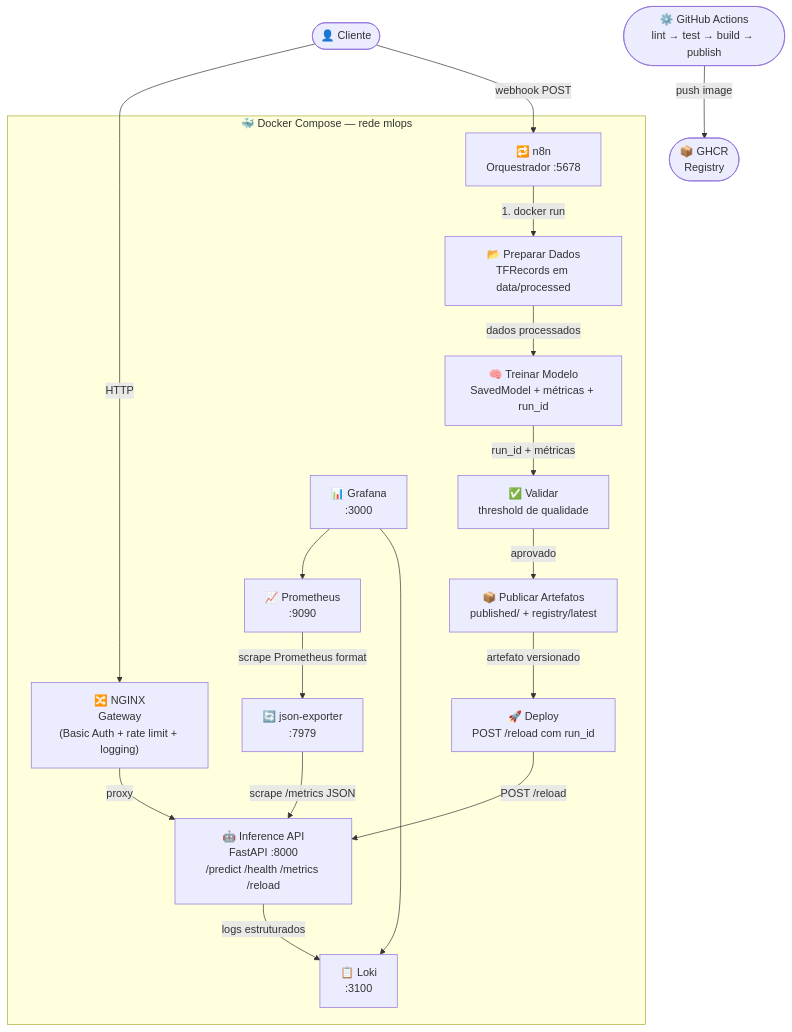
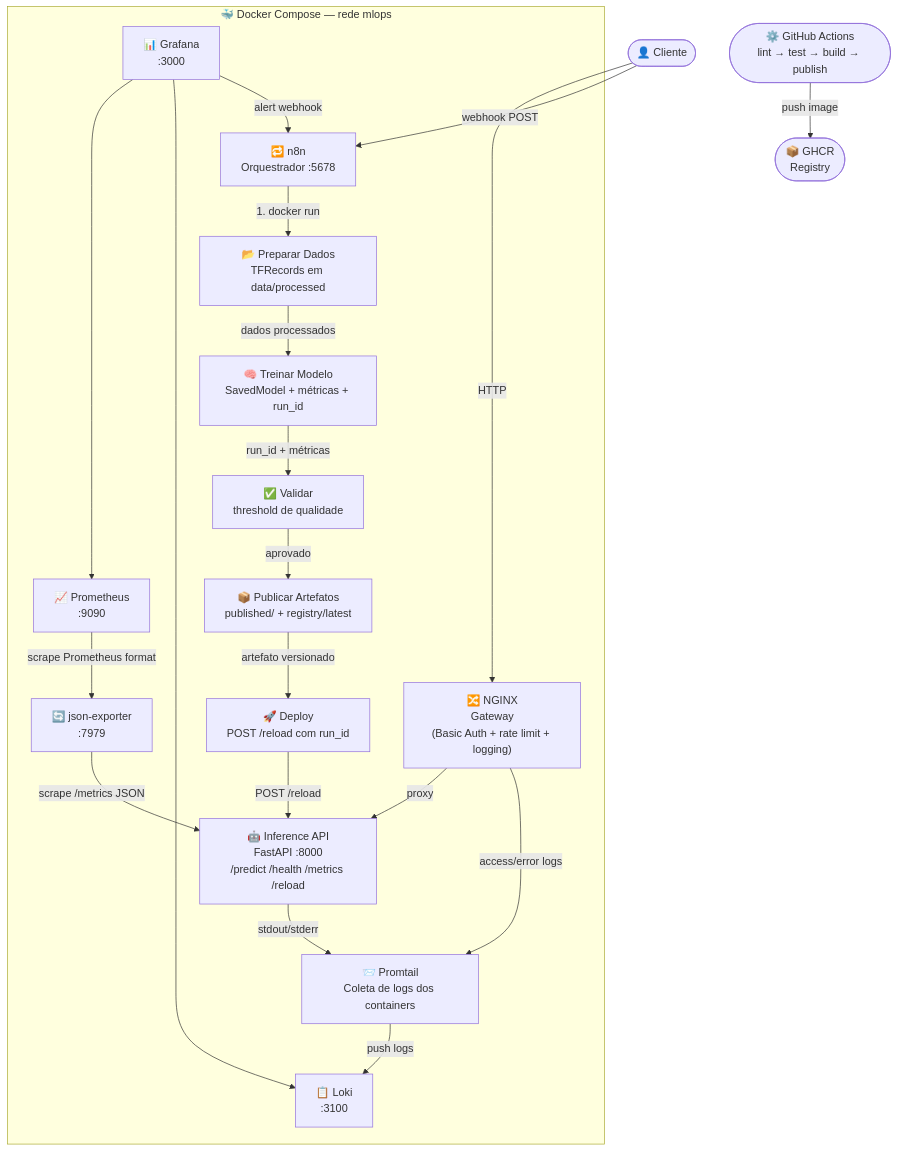
Before and after one commit to saviorgomes/mlops-challenge-handtalk: the diagram in README.md, drawn with Mermaid.

Commit message:
docs: refina README v2

````diff
--- a/README.md
+++ b/README.md
@@ -229,37 +229,41 @@
 ```mermaid
 flowchart TD
     Client(["👤 Cliente"])
     GHA(["⚙️ GitHub Actions\nlint → test → build → publish"])
     GHCR(["📦 GHCR\nRegistry"])
 
     subgraph Docker Compose ["🐳 Docker Compose — rede mlops"]
         Nginx["🔀 NGINX\nGateway\n(Basic Auth + rate limit + logging)"]
         API["🤖 Inference API\nFastAPI :8000\n/predict /health /metrics /reload"]
         N8N["🔁 n8n\nOrquestrador :5678"]
         Prepare["📂 Preparar Dados\nTFRecords em data/processed"]
         Train["🧠 Treinar Modelo\nSavedModel + métricas + run_id"]
         Validate["✅ Validar\nthreshold de qualidade"]
         Publish["📦 Publicar Artefatos\npublished/<run_id> + registry/latest"]
         Deploy["🚀 Deploy\nPOST /reload com run_id"]
         Prometheus["📈 Prometheus\n:9090"]
         JsonExporter["🔄 json-exporter\n:7979"]
         Grafana["📊 Grafana\n:3000"]
         Loki["📋 Loki\n:3100"]
+        Promtail["📨 Promtail\nColeta de logs dos containers"]
     end
 
     Client -->|"HTTP"| Nginx
     Nginx -->|"proxy"| API
     Client -->|"webhook POST"| N8N
     N8N -->|"1. docker run"| Prepare
     Prepare -->|"dados processados"| Train
     Train -->|"run_id + métricas"| Validate
     Validate -->|"aprovado"| Publish
     Publish -->|"artefato versionado"| Deploy
     Deploy -->|"POST /reload"| API
     JsonExporter -->|"scrape /metrics JSON"| API
     Prometheus -->|"scrape Prometheus format"| JsonExporter
     Grafana --> Prometheus
     Grafana --> Loki
-    API -->|"logs estruturados"| Loki
+    Grafana -->|"alert webhook"| N8N
+    API -->|"stdout/stderr"| Promtail
+    Nginx -->|"access/error logs"| Promtail
+    Promtail -->|"push logs"| Loki
     GHA -->|"push image"| GHCR
 ```
````
